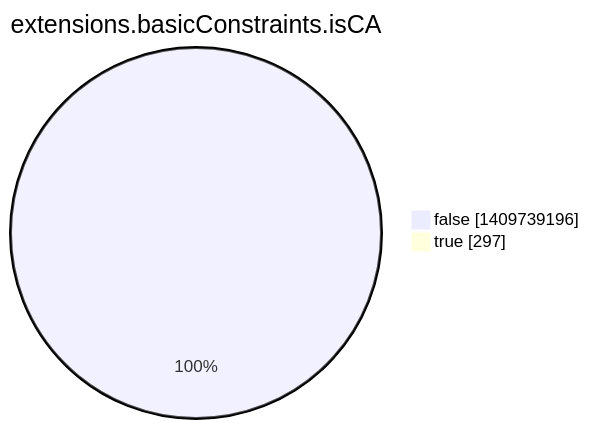
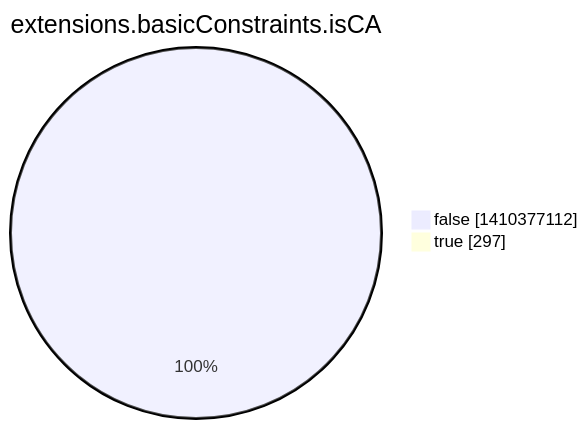
The eighth of 15 diagrams in argon2022/README.md (christiankrug/ctmonitor_visualization), drawn with Mermaid before and after one commit. The commit also changed other lines of this file, not shown here.

````diff
--- a/argon2022/README.md
+++ b/argon2022/README.md
@@ -2760,6 +2760,6 @@
 ```mermaid
 pie showData
 title extensions.basicConstraints.isCA
-"false" :1409739196
+"false" :1410377112
 "true" :297
 ```
````
